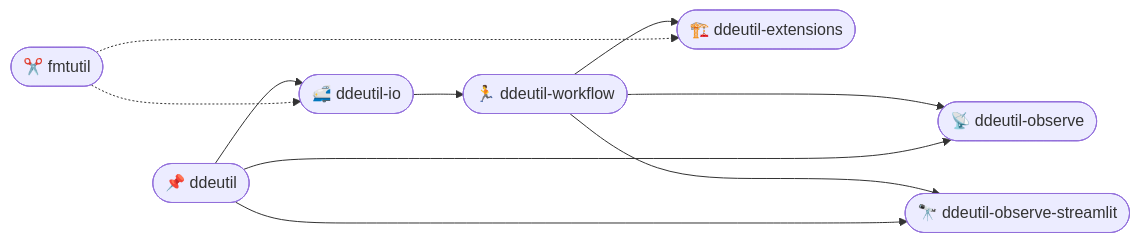
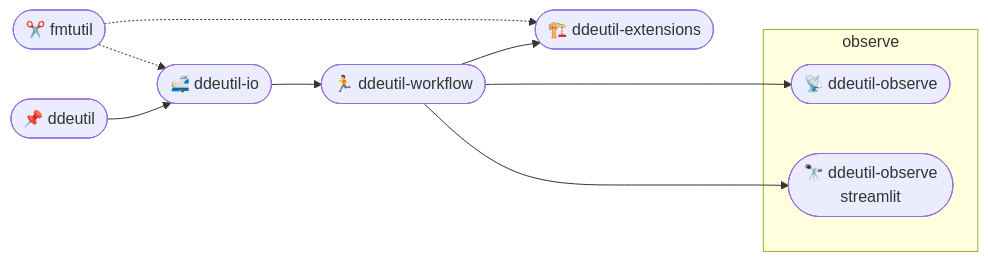
The diagram in profile/README.md (ddeutils/.github), drawn with Mermaid before and after one commit.

````diff
--- a/profile/README.md
+++ b/profile/README.md
@@ -7,10 +7,14 @@
 ```mermaid
 flowchart LR
-   1([📌 ddeutil]) --> 2([🚅 ddeutil-io]) --> 3([🏃 ddeutil-workflow]) ---> 4([📡 ddeutil-observe])
-   1 ---> 4
+   1([📌 ddeutil]) --> 2([🚅 ddeutil-io]) --> 3([🏃 ddeutil-workflow]) ---> 4
+
+   subgraph observe
+      4([📡 ddeutil-observe])
+      6([🔭 ddeutil-observe<br>streamlit])
+   end
+
    3 --> 5([🏗️ ddeutil-extensions])
-   3 ---> 6([🔭 ddeutil-observe-streamlit])
-   1 --> 6
-   0([✂️ fmtutil]) -..-> 2
-   0 -..-> 5
+   3 --> 6
+   0([✂️ fmtutil]) -.-> 2
+   0 -.-> 5
 ```
````
